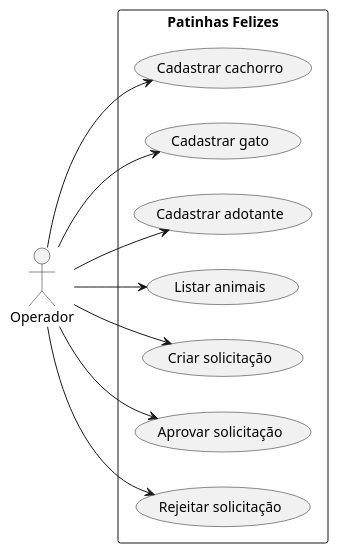
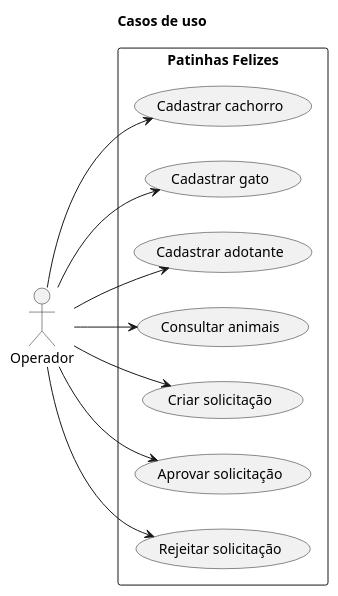
One commit to Amandahpp/gestao-adocao-pets changed the diagram in docs/diagramas/casos-de-uso.puml. Above: the diagram before and after it, drawn with PlantUML.

Commit message:
atualizacao diagrama casos-de-uso.puml

```diff
--- a/docs/diagramas/casos-de-uso.puml
+++ b/docs/diagramas/casos-de-uso.puml
@@ -1,20 +1,24 @@
 @startuml
+title Casos de uso
 left to right direction
+
 actor "Operador" as Op
+
 rectangle "Patinhas Felizes" {
   usecase "Cadastrar cachorro" as UC1
   usecase "Cadastrar gato" as UC2
   usecase "Cadastrar adotante" as UC3
-  usecase "Listar animais" as UC4
+  usecase "Consultar animais" as UC4
   usecase "Criar solicitação" as UC5
   usecase "Aprovar solicitação" as UC6
   usecase "Rejeitar solicitação" as UC7
 }
+
 Op --> UC1
 Op --> UC2
 Op --> UC3
 Op --> UC4
 Op --> UC5
 Op --> UC6
 Op --> UC7
 @enduml
```
